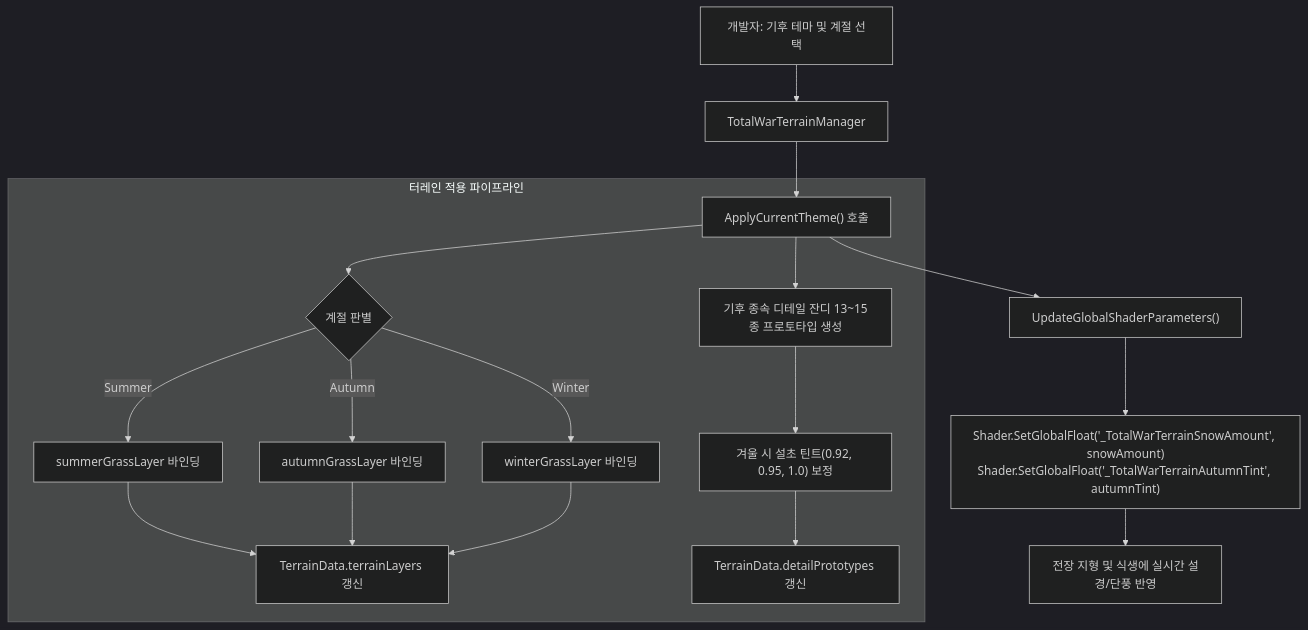
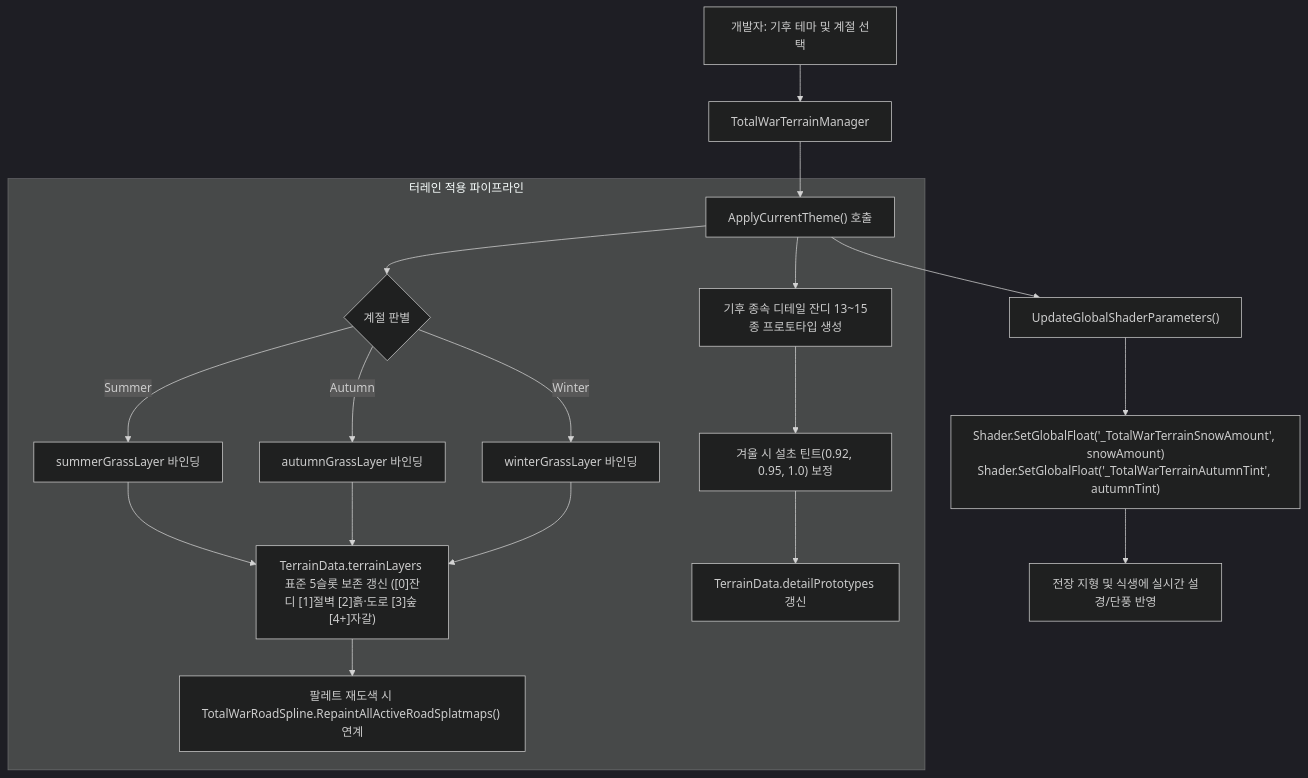
Before and after one commit to rbdud1216-source/MiniTotalWar2D: the diagram in Docs/TotalWarTerrainTheme.md, drawn with Mermaid (dark theme). The commit also changed 47 other files, not shown here.

````diff
--- a/Docs/TotalWarTerrainTheme.md
+++ b/Docs/TotalWarTerrainTheme.md
@@ -50,22 +50,23 @@
 ```mermaid
 flowchart TD
     UserAction["개발자: 기후 테마 및 계절 선택"] --> Mgr["TotalWarTerrainManager"]
     Mgr --> Apply["ApplyCurrentTheme() 호출"]
     
     subgraph Apply_Pipeline ["터레인 적용 파이프라인"]
         Apply --> LayerSelect{"계절 판별"}
         LayerSelect -- Summer --> L1["summerGrassLayer 바인딩"]
         LayerSelect -- Autumn --> L2["autumnGrassLayer 바인딩"]
         LayerSelect -- Winter --> L3["winterGrassLayer 바인딩"]
         
-        L1 & L2 & L3 --> ApplyLayers["TerrainData.terrainLayers 갱신"]
+        L1 & L2 & L3 --> ApplyLayers["TerrainData.terrainLayers 표준 5슬롯 보존 갱신 ([0]잔디 [1]절벽 [2]흙·도로 [3]숲 [4+]자갈)"]
+        ApplyLayers --> RepaintRoads["팔레트 재도색 시 TotalWarRoadSpline.RepaintAllActiveRoadSplatmaps() 연계"]
         
         Apply --> DetailGrass["기후 종속 디테일 잔디 13~15종 프로토타입 생성"]
         DetailGrass --> GrassColor["겨울 시 설초 틴트(0.92, 0.95, 1.0) 보정"]
         GrassColor --> ApplyDetails["TerrainData.detailPrototypes 갱신"]
     end
 
     Apply --> GlobalShader["UpdateGlobalShaderParameters()"]
     GlobalShader --> ShaderProp["Shader.SetGlobalFloat('_TotalWarTerrainSnowAmount', snowAmount)<br>Shader.SetGlobalFloat('_TotalWarTerrainAutumnTint', autumnTint)"]
     ShaderProp --> Screen["전장 지형 및 식생에 실시간 설경/단풍 반영"]
 ```
````
